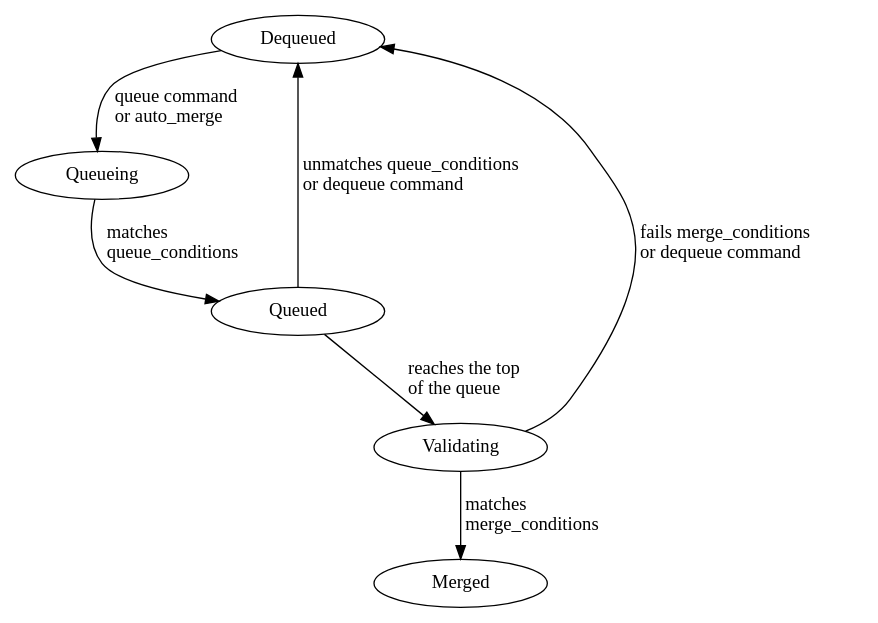
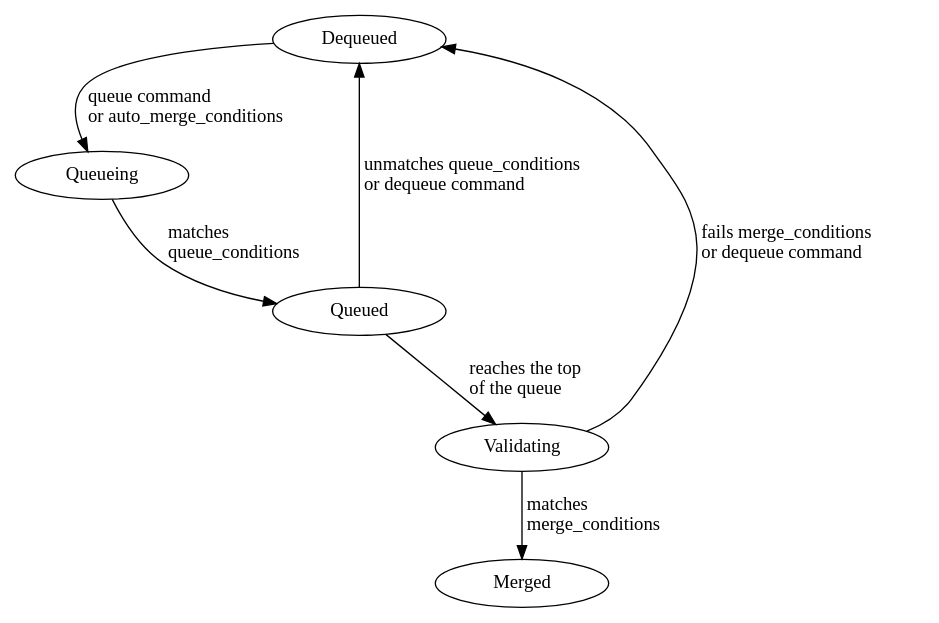
One commit to Mergifyio/docs changed the diagram in src/content/docs/merge-queue/lifecycle.mdx. Above: the diagram before and after it, drawn with Graphviz. The commit also changed other lines of this file, not shown here.

````diff
--- a/src/content/docs/merge-queue/lifecycle.mdx
+++ b/src/content/docs/merge-queue/lifecycle.mdx
@@ -41,18 +41,18 @@
 ```dot class="flow" title="A pull request's states in the merge queue, and what moves it between them"
 digraph {
   node [width=1.8];
 
   Dequeued [class="external"];
   Queueing [class="pending"];
   Queued [class="queued"];
   Validating [class="pending"];
   Merged [class="merged"];
 
-  Dequeued -> Queueing [label="  queue command\l  or auto_merge\l"];
+  Dequeued -> Queueing [label="  queue command\l  or auto_merge_conditions\l"];
   Queueing -> Queued [label="  matches\l  queue_conditions\l"];
   Queued -> Validating [label="  reaches the top\l  of the queue\l"];
   Validating -> Merged [label="  matches\l  merge_conditions\l", class="merged"];
   Queued -> Dequeued [label="  unmatches queue_conditions\l  or dequeue command\l", class="failed"];
   Validating -> Dequeued [label="  fails merge_conditions\l  or dequeue command\l", class="failed"];
 }
 ```
````
